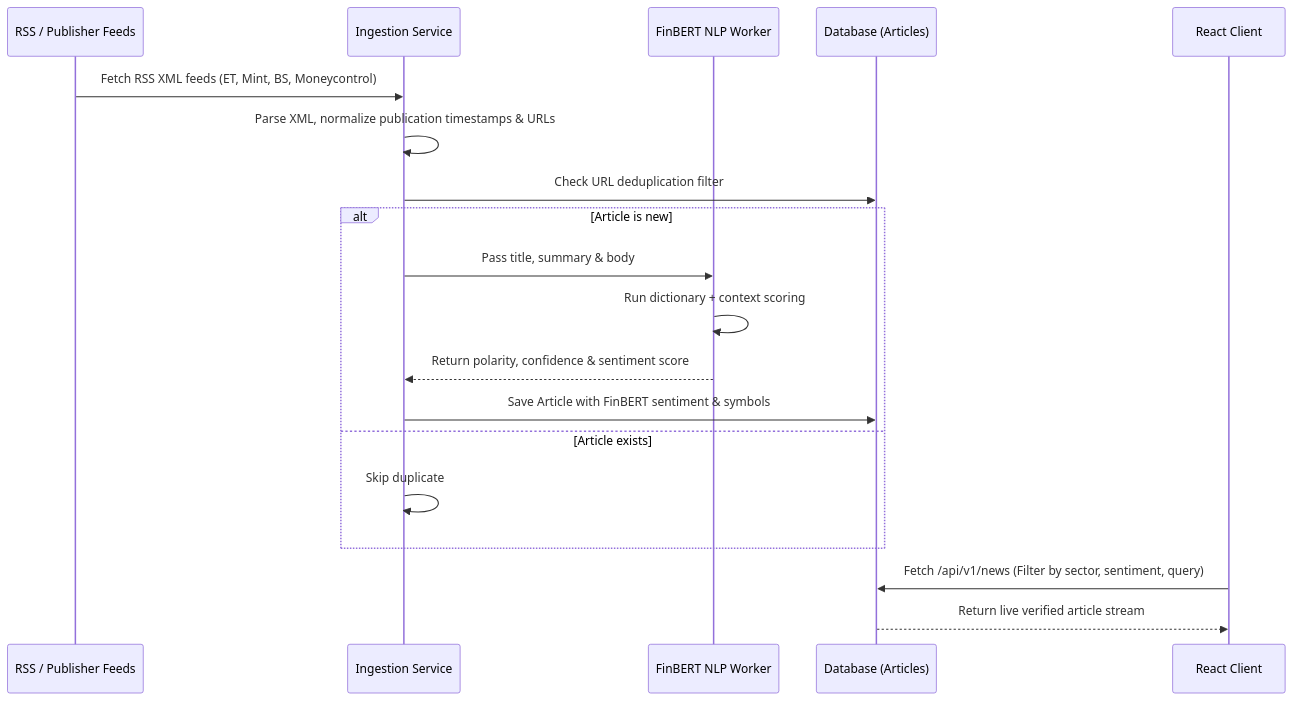
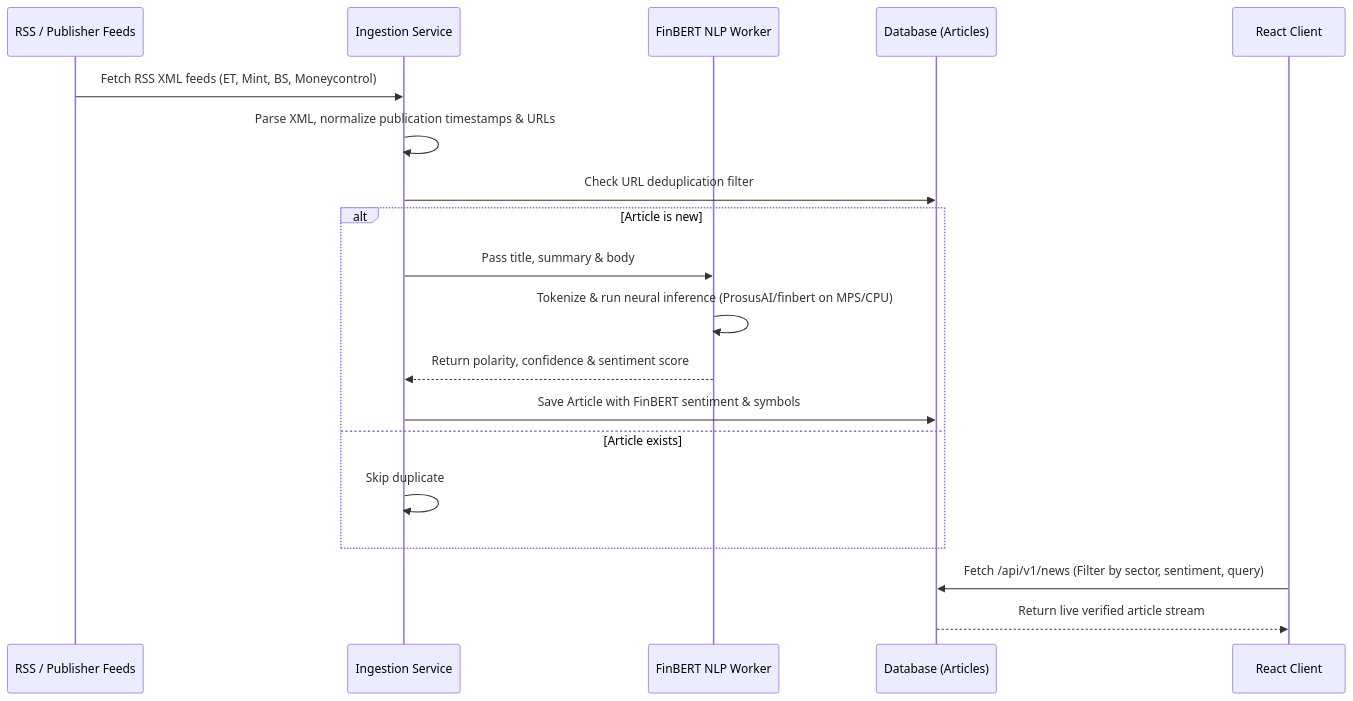
Before and after one commit to Akshita-Singh-tech/EmVest: the third of 4 diagrams in docs/architecture.md, drawn with Mermaid. The commit also changed 10 other files, not shown here.

Commit message:
feat(sentiment): integrate neural ProsusAI/finbert sequence classification with MPS acceleration

````diff
--- a/docs/architecture.md
+++ b/docs/architecture.md
@@ -159,22 +159,22 @@
 ```mermaid
 sequenceDiagram
     participant S as RSS / Publisher Feeds
     participant P as Ingestion Service
     participant FB as FinBERT NLP Worker
     participant DB as Database (Articles)
     participant UI as React Client
 
     S->>P: Fetch RSS XML feeds (ET, Mint, BS, Moneycontrol)
     P->>P: Parse XML, normalize publication timestamps & URLs
     P->>DB: Check URL deduplication filter
     alt Article is new
         P->>FB: Pass title, summary & body
-        FB->>FB: Run dictionary + context scoring
+        FB->>FB: Tokenize & run neural inference (ProsusAI/finbert on MPS/CPU)
         FB-->>P: Return polarity, confidence & sentiment score
         P->>DB: Save Article with FinBERT sentiment & symbols
     else Article exists
         P->>P: Skip duplicate
     end
     UI->>DB: Fetch /api/v1/news (Filter by sector, sentiment, query)
     DB-->>UI: Return live verified article stream
 ```
````
